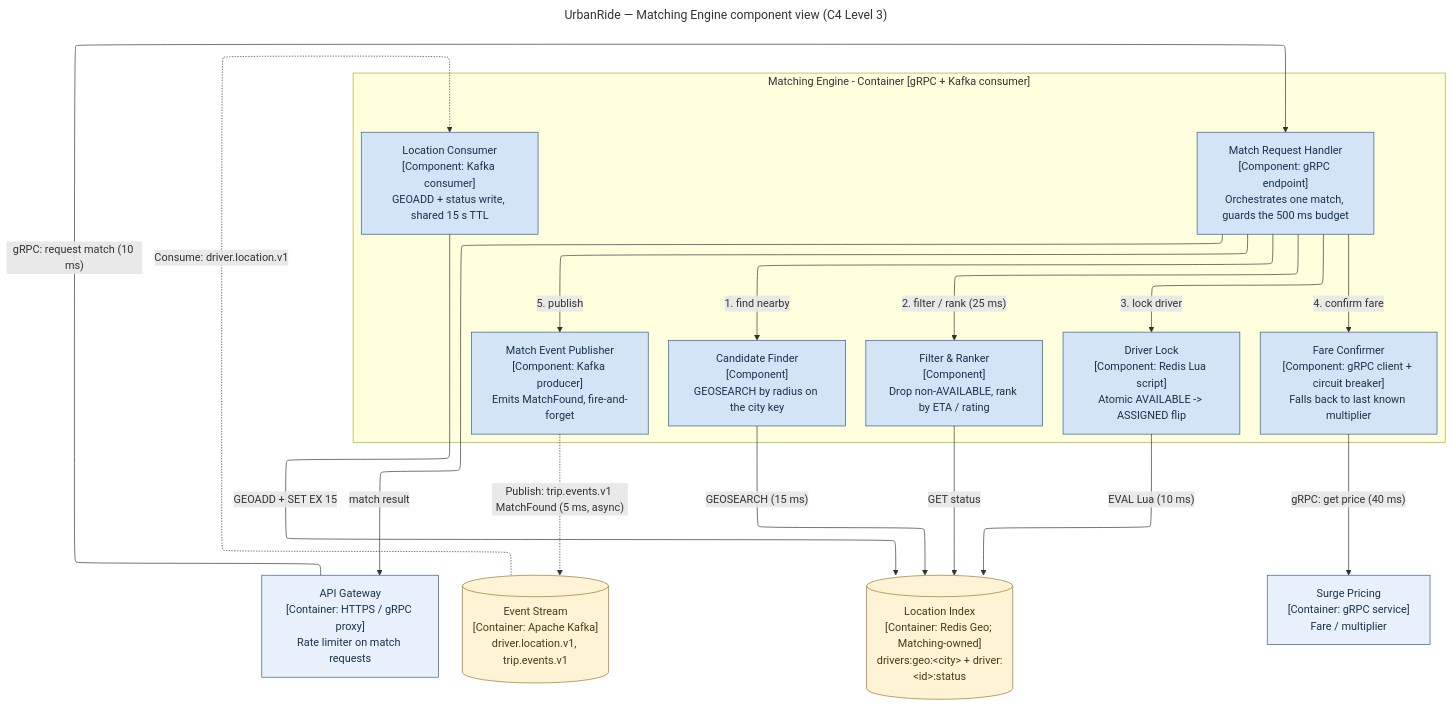
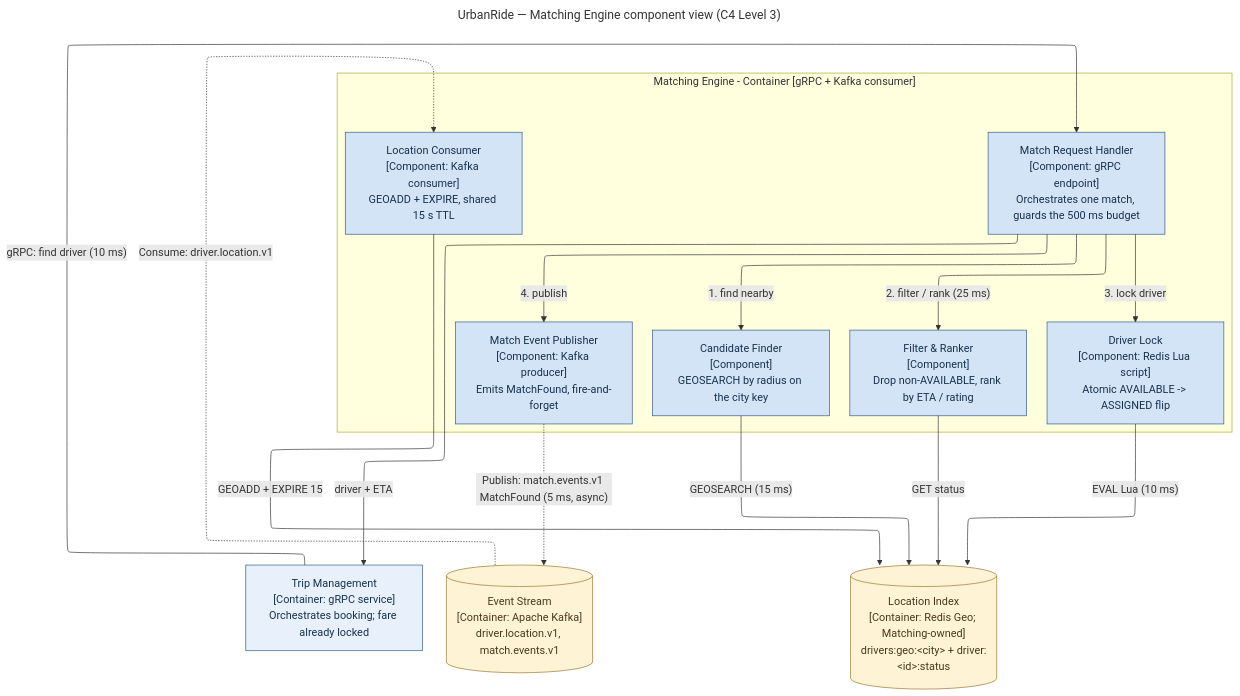
One commit to RumeshChathuranga/ASE changed the diagram in diagrams/src/04-geospatial-latency.mmd. Above: the diagram before and after it, drawn with Mermaid. The commit also changed 7 other files, not shown here.

```diff
--- a/diagrams/src/04-geospatial-latency.mmd
+++ b/diagrams/src/04-geospatial-latency.mmd
@@ -1,51 +1,48 @@
 ---
 title: UrbanRide — Matching Engine component view (C4 Level 3)
 config:
   layout: elk
 ---
-%% UrbanRide - C4 Level 3 component view of the Matching Engine (Member 4).
-%% Import this Mermaid source into draw.io and export as:
-%% diagrams/export/04-geospatial-latency.png
-%% Solid = synchronous call on the matching path (budget in ms, see docs/04).
+%% UrbanRide - C4 Level 3 component view of the Matching Engine (Section 4).
+%% Regenerate: npx -y @mermaid-js/mermaid-cli -i diagrams/src/04-geospatial-latency.mmd -o diagrams/export/04-geospatial-latency.png -b white -w 1600 -s 2
+%% Solid = synchronous call on the matching path (budget in ms, see ADD.md section 4.3).
 %% Dashed = asynchronous Kafka event flow, never on the request path.
 %% Boxes inside the Matching Engine are components; boxes outside are containers.
+%% The fare is locked by Trip Management (Surge Pricing call) BEFORE matching starts,
+%% so the Matching Engine has no dependency on Surge Pricing.
 
 flowchart TB
-    gateway["API Gateway<br/>[Container: HTTPS / gRPC proxy]<br/>Rate limiter on match requests"]
-    kafka[("Event Stream<br/>[Container: Apache Kafka]<br/>driver.location.v1, trip.events.v1")]
+    trip["Trip Management<br/>[Container: gRPC service]<br/>Orchestrates booking; fare already locked"]
+    kafka[("Event Stream<br/>[Container: Apache Kafka]<br/>driver.location.v1, match.events.v1")]
 
     subgraph matching["Matching Engine - Container [gRPC + Kafka consumer]"]
         handler["Match Request Handler<br/>[Component: gRPC endpoint]<br/>Orchestrates one match, guards the 500 ms budget"]
         finder["Candidate Finder<br/>[Component]<br/>GEOSEARCH by radius on the city key"]
         ranker["Filter &amp; Ranker<br/>[Component]<br/>Drop non-AVAILABLE, rank by ETA / rating"]
         locker["Driver Lock<br/>[Component: Redis Lua script]<br/>Atomic AVAILABLE -> ASSIGNED flip"]
-        fare["Fare Confirmer<br/>[Component: gRPC client + circuit breaker]<br/>Falls back to last known multiplier"]
         publisher["Match Event Publisher<br/>[Component: Kafka producer]<br/>Emits MatchFound, fire-and-forget"]
-        consumer["Location Consumer<br/>[Component: Kafka consumer]<br/>GEOADD + status write, shared 15 s TTL"]
+        consumer["Location Consumer<br/>[Component: Kafka consumer]<br/>GEOADD + EXPIRE, shared 15 s TTL"]
     end
 
     geo[("Location Index<br/>[Container: Redis Geo; Matching-owned]<br/>drivers:geo:&lt;city&gt; + driver:&lt;id&gt;:status")]
-    surge["Surge Pricing<br/>[Container: gRPC service]<br/>Fare / multiplier"]
 
-    gateway -->|"gRPC: request match (10 ms)"| handler
+    trip -->|"gRPC: find driver (10 ms)"| handler
     handler -->|"1. find nearby"| finder
     finder -->|"GEOSEARCH (15 ms)"| geo
     handler -->|"2. filter / rank (25 ms)"| ranker
     ranker -->|"GET status"| geo
     handler -->|"3. lock driver"| locker
     locker -->|"EVAL Lua (10 ms)"| geo
-    handler -->|"4. confirm fare"| fare
-    fare -->|"gRPC: get price (40 ms)"| surge
-    handler -->|"5. publish"| publisher
-    handler -->|"match result"| gateway
+    handler -->|"4. publish"| publisher
+    handler -->|"driver + ETA"| trip
 
-    publisher -.->|"Publish: trip.events.v1 MatchFound (5 ms, async)"| kafka
+    publisher -.->|"Publish: match.events.v1 MatchFound (5 ms, async)"| kafka
     kafka -.->|"Consume: driver.location.v1"| consumer
-    consumer -->|"GEOADD + SET EX 15"| geo
+    consumer -->|"GEOADD + EXPIRE 15"| geo
 
     classDef service fill:#e8f1fb,stroke:#315c88,color:#17324d,stroke-width:1px;
     classDef component fill:#d4e4f7,stroke:#315c88,color:#17324d,stroke-width:1px;
     classDef store fill:#fff3d6,stroke:#9a772c,color:#4a3916,stroke-width:1px;
-    class gateway,surge service;
-    class handler,finder,ranker,locker,fare,publisher,consumer component;
+    class trip service;
+    class handler,finder,ranker,locker,publisher,consumer component;
     class kafka,geo store;
```
